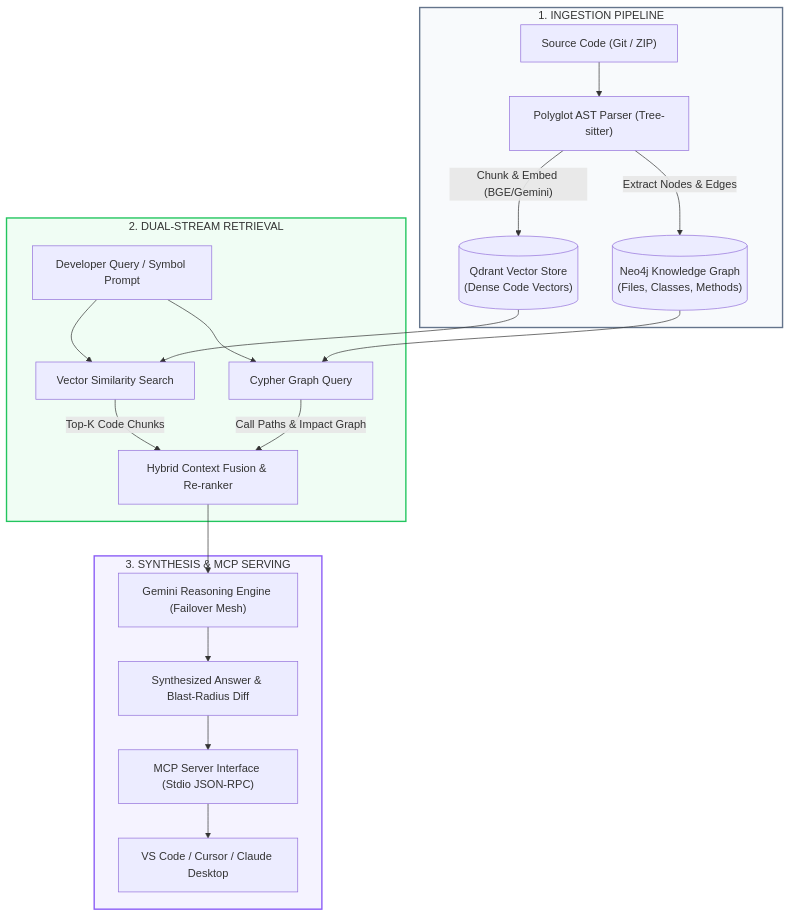
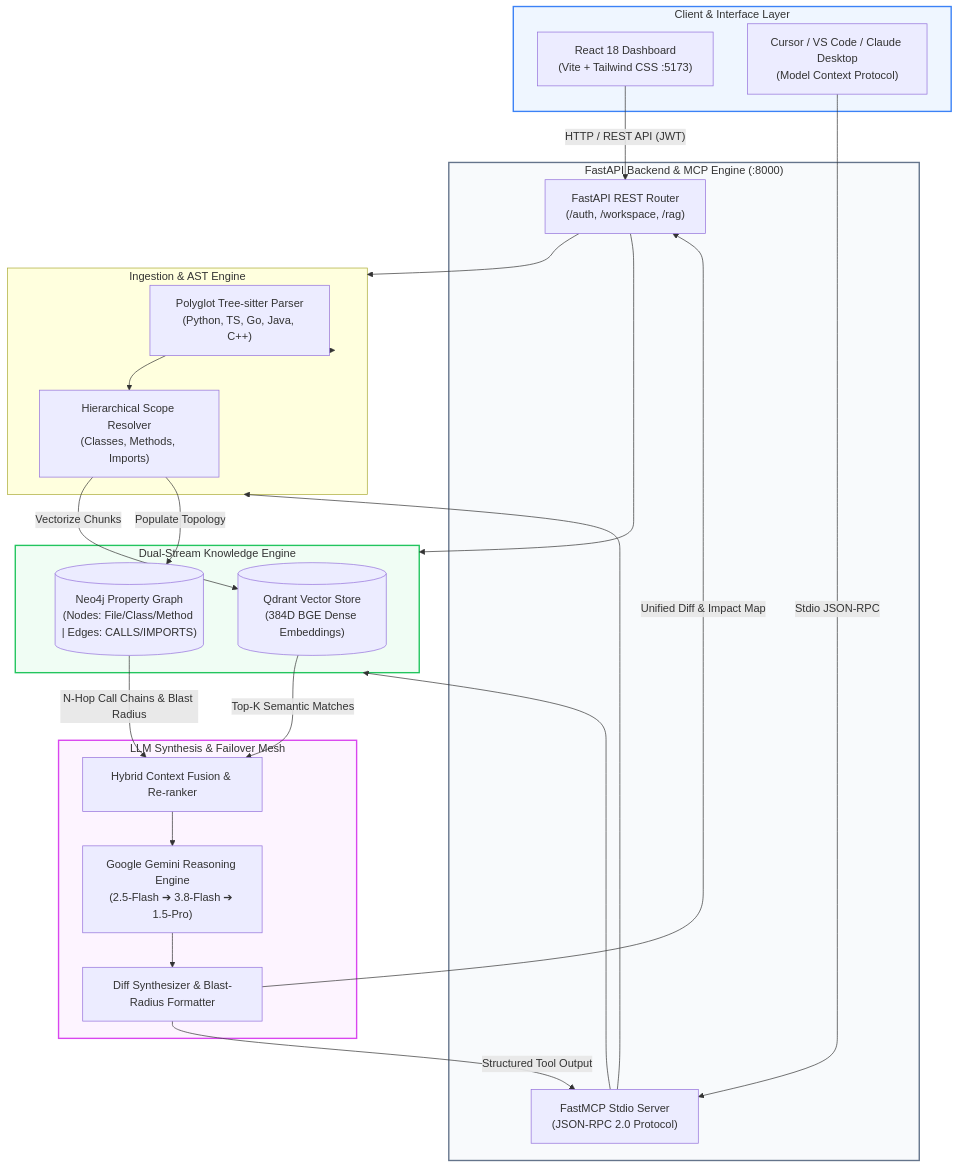
One commit to HarshaAppikatla/CodeGraph-RAG changed the diagram in README.md. Above: the diagram before and after it, drawn with Mermaid. The commit also changed other lines of this file, not shown here.

````diff
--- a/README.md
+++ b/README.md
@@ -126,28 +128,48 @@
 ```mermaid
 flowchart TD
-    subgraph Ingestion ["1. INGESTION PIPELINE"]
-        Repo["Source Code (Git / ZIP)"] --> AST["Polyglot AST Parser (Tree-sitter)"]
-        AST -->|"Extract Nodes & Edges"| GraphDB[("Neo4j Knowledge Graph\n(Files, Classes, Methods)")]
-        AST -->|"Chunk & Embed (BGE/Gemini)"| VectorDB[("Qdrant Vector Store\n(Dense Code Vectors)")]
+    subgraph Client ["Client & Interface Layer"]
+        UI["React 18 Dashboard\n(Vite + Tailwind CSS :5173)"]
+        IDE["Cursor / VS Code / Claude Desktop\n(Model Context Protocol)"]
     end
 
-    subgraph DualRetrieval ["2. DUAL-STREAM RETRIEVAL"]
-        Query["Developer Query / Symbol Prompt"] --> VS["Vector Similarity Search"]
-        Query --> GS["Cypher Graph Query"]
-        VectorDB --> VS
-        GraphDB --> GS
-        VS -->|"Top-K Code Chunks"| Aggregator["Hybrid Context Fusion & Re-ranker"]
-        GS -->|"Call Paths & Impact Graph"| Aggregator
+    subgraph Backend ["FastAPI Backend & MCP Engine (:8000)"]
+        API["FastAPI REST Router\n(/auth, /workspace, /rag)"]
+        MCP["FastMCP Stdio Server\n(JSON-RPC 2.0 Protocol)"]
     end
 
-    subgraph Synthesis ["3. SYNTHESIS & MCP SERVING"]
-        Aggregator --> LLM["Gemini Reasoning Engine (Failover Mesh)"]
-        LLM --> Answer["Synthesized Answer & Blast-Radius Diff"]
-        Answer --> MCP["MCP Server Interface (Stdio JSON-RPC)"]
-        MCP --> IDE["VS Code / Cursor / Claude Desktop"]
+    subgraph CoreEngine ["Ingestion & AST Engine"]
+        Parser["Polyglot Tree-sitter Parser\n(Python, TS, Go, Java, C++)"]
+        Scope["Hierarchical Scope Resolver\n(Classes, Methods, Imports)"]
     end
 
-    style Ingestion fill:#f8fafc,stroke:#64748b,stroke-width:2px
+    subgraph DualRetrieval ["Dual-Stream Knowledge Engine"]
+        Qdrant[("Qdrant Vector Store\n(384D BGE Dense Embeddings)")]
+        Neo4j[("Neo4j Property Graph\n(Nodes: File/Class/Method | Edges: CALLS/IMPORTS)")]
+    end
+
+    subgraph Reasoning ["LLM Synthesis & Failover Mesh"]
+        Fusion["Hybrid Context Fusion & Re-ranker"]
+        LLM["Google Gemini Reasoning Engine\n(2.5-Flash ➔ 3.8-Flash ➔ 1.5-Pro)"]
+        Synthesizer["Diff Synthesizer & Blast-Radius Formatter"]
+    end
+
+    UI -->|"HTTP / REST API (JWT)"| API
+    IDE -->|"Stdio JSON-RPC"| MCP
+    API --> CoreEngine
+    MCP --> CoreEngine
+    CoreEngine --> Parser --> Scope
+    Scope -->|"Vectorize Chunks"| Qdrant
+    Scope -->|"Populate Topology"| Neo4j
+    API --> DualRetrieval
+    MCP --> DualRetrieval
+    Qdrant -->|"Top-K Semantic Matches"| Fusion
+    Neo4j -->|"N-Hop Call Chains & Blast Radius"| Fusion
+    Fusion --> LLM --> Synthesizer
+    Synthesizer -->|"Unified Diff & Impact Map"| API
+    Synthesizer -->|"Structured Tool Output"| MCP
+
+    style Client fill:#eff6ff,stroke:#3b82f6,stroke-width:2px
+    style Backend fill:#f8fafc,stroke:#64748b,stroke-width:2px
     style DualRetrieval fill:#f0fdf4,stroke:#22c55e,stroke-width:2px
-    style Synthesis fill:#f5f3ff,stroke:#8b5cf6,stroke-width:2px
+    style Reasoning fill:#fdf4ff,stroke:#d946ef,stroke-width:2px
 ```
````
